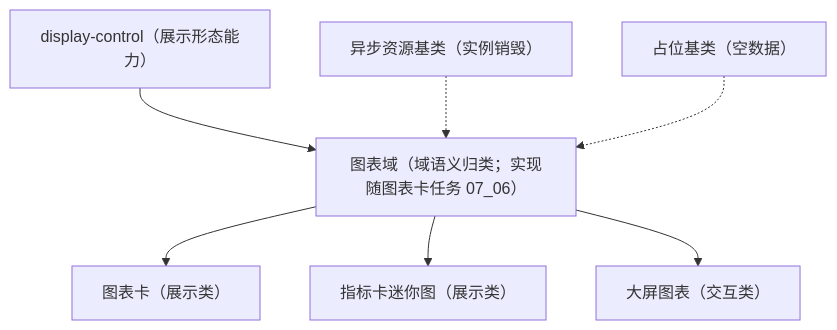
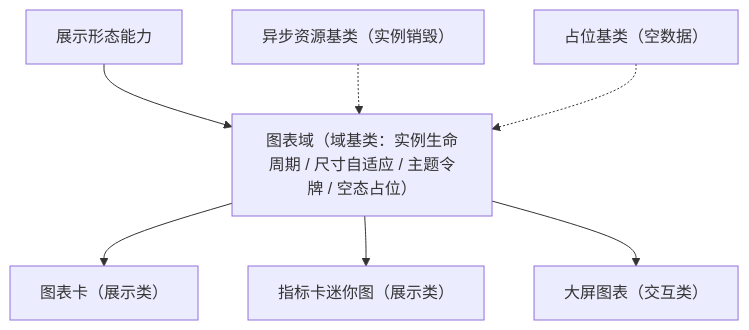
Before and after one commit to minjian123/basic-management-system: the diagram in bms文档/设计/组件设计/02_基础组件类/03_域基类/04_组件设计_图表域基类/04_组件设计_图表域基类.md, drawn with Mermaid. The commit also changed other lines of this file and 238 other files, not shown here.

````diff
--- a/bms文档/设计/组件设计/02_基础组件类/03_域基类/04_组件设计_图表域基类/04_组件设计_图表域基类.md
+++ b/bms文档/设计/组件设计/02_基础组件类/03_域基类/04_组件设计_图表域基类/04_组件设计_图表域基类.md
@@ -15,9 +16,9 @@
 ```mermaid
 flowchart TD
-    B["图表域（域语义归类；实现随图表卡任务 07_06）"] --> C1["图表卡（展示类）"]
+    B["图表域（域基类：实例生命周期 / 尺寸自适应 / 主题令牌 / 空态占位）"] --> C1["图表卡（展示类）"]
     B --> C2["指标卡迷你图（展示类）"]
     B --> C3["大屏图表（交互类）"]
-    DF["display-control（展示形态能力）"] --> B
+    DF["展示形态能力"] --> B
     AR["异步资源基类（实例销毁）"] -.-> B
     PH["占位基类（空数据）"] -.-> B
 ```
````
